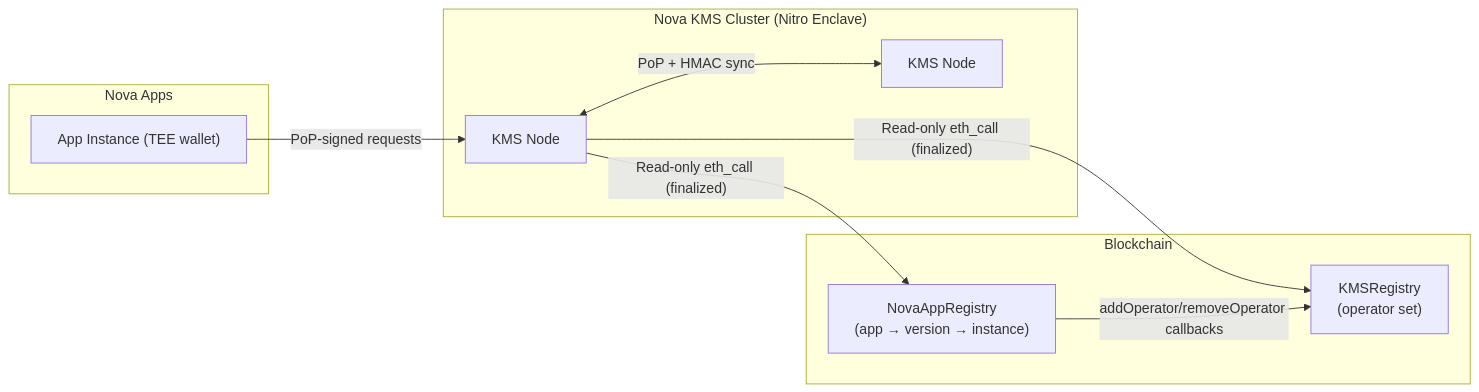
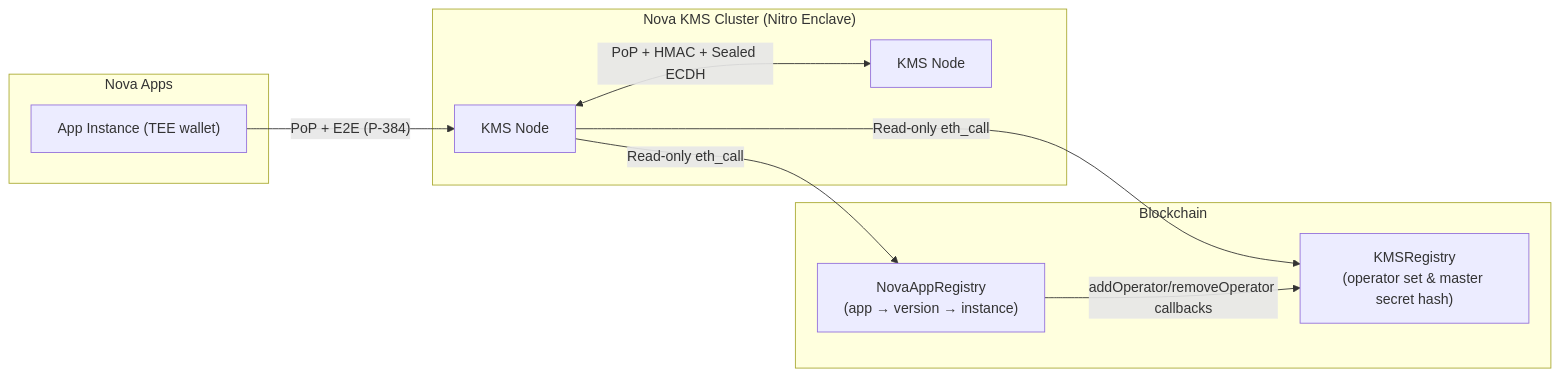
Before and after one commit to sparsity-xyz/nova-kms: the diagram in README.md, drawn with Mermaid. The commit also changed other lines of this file, not shown here.

````diff
--- a/README.md
+++ b/README.md
@@ -17,22 +46,22 @@
 ```mermaid
 graph LR
   subgraph Apps["Nova Apps"]
     A1["App Instance (TEE wallet)"]
   end
 
   subgraph KMS["Nova KMS Cluster (Nitro Enclave)"]
     N1["KMS Node"]
     N2["KMS Node"]
   end
 
   subgraph Chain["Blockchain"]
     R["NovaAppRegistry\n(app → version → instance)"]
-    K["KMSRegistry\n(operator set)"]
+    K["KMSRegistry\n(operator set & master secret hash)"]
   end
 
-  A1 -->|"PoP-signed requests"| N1
-  N1 <-->|"PoP + HMAC sync"| N2
-  N1 -->|"Read-only eth_call (finalized)"| R
-  N1 -->|"Read-only eth_call (finalized)"| K
+  A1 -->|"PoP + E2E (P-384)"| N1
+  N1 <-->|"PoP + HMAC + Sealed ECDH"| N2
+  N1 -->|"Read-only eth_call"| R
+  N1 -->|"Read-only eth_call"| K
   R -->|"addOperator/removeOperator callbacks"| K
 ```
````
